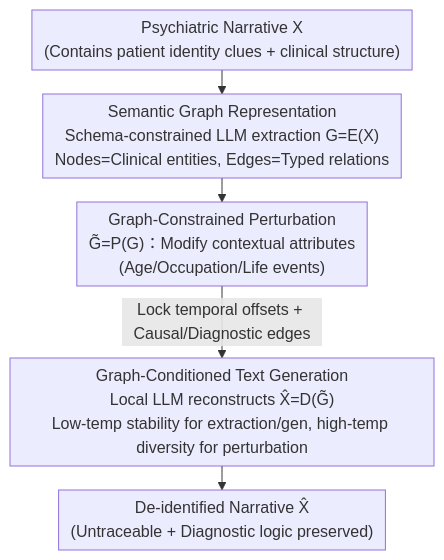
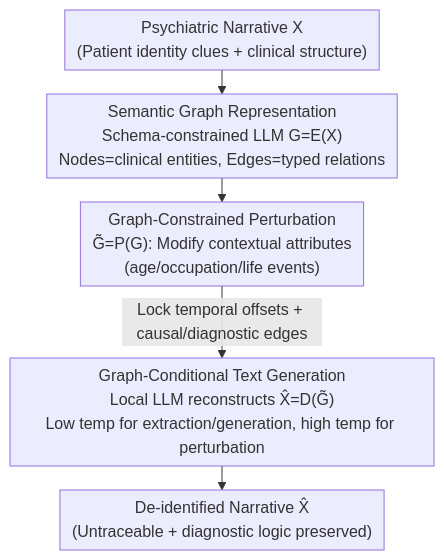
Before and after one commit to zhaoyang97/Paper-Notes-en: the diagram in docs/ACL2026/medical_nlp/anonpsy_a_graph-based_framework_for_structure-preserving_de-identification_of_ps.md, drawn with Mermaid. The commit also changed other lines of this file and 5084 other files, not shown here.

````diff
--- a/docs/ACL2026/medical_nlp/anonpsy_a_graph-based_framework_for_structure-preserving_de-identification_of_ps.md
+++ b/docs/ACL2026/medical_nlp/anonpsy_a_graph-based_framework_for_structure-preserving_de-identification_of_ps.md
@@ -44,8 +44,8 @@
 ```mermaid
 %%{init: {'flowchart': {'rankSpacing': 24, 'nodeSpacing': 28, 'padding': 6, 'wrappingWidth': 400}}}%%
 flowchart TD
-    A["Psychiatric Narrative X<br/>(Contains patient identity clues + clinical structure)"] --> B["Semantic Graph Representation<br/>Schema-constrained LLM extraction G=E(X)<br/>Nodes=Clinical entities, Edges=Typed relations"]
-    B --> C["Graph-Constrained Perturbation<br/>G̃=P(G)：Modify contextual attributes<br/>(Age/Occupation/Life events)"]
-    C -->|"Lock temporal offsets + Causal/Diagnostic edges"| D["Graph-Conditioned Text Generation<br/>Local LLM reconstructs X̂=D(G̃)<br/>Low-temp stability for extraction/gen, high-temp diversity for perturbation"]
-    D --> E["De-identified Narrative X̂<br/>(Untraceable + Diagnostic logic preserved)"]
+    A["Psychiatric Narrative X<br/>(Patient identity clues + clinical structure)"] --> B["Semantic Graph Representation<br/>Schema-constrained LLM G=E(X)<br/>Nodes=clinical entities, Edges=typed relations"]
+    B --> C["Graph-Constrained Perturbation<br/>G̃=P(G): Modify contextual attributes<br/>(age/occupation/life events)"]
+    C -->|"Lock temporal offsets + causal/diagnostic edges"| D["Graph-Conditional Text Generation<br/>Local LLM reconstructs X̂=D(G̃)<br/>Low temp for extraction/generation, high temp for perturbation"]
+    D --> E["De-identified Narrative X̂<br/>(Untraceable + diagnostic logic preserved)"]
 ```
````
